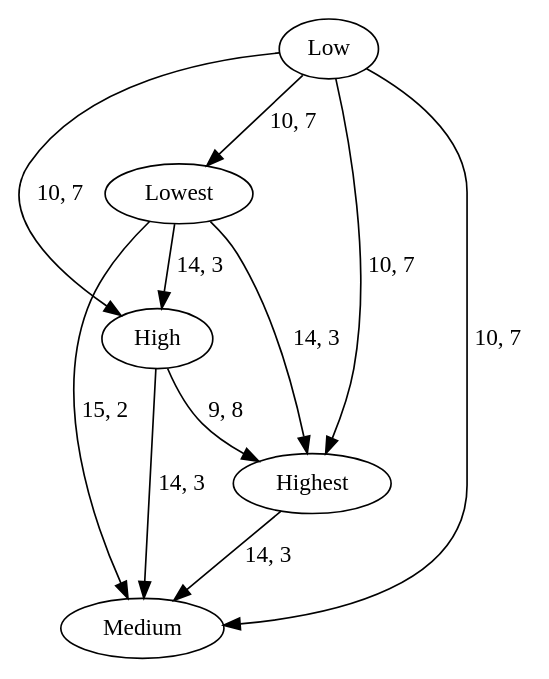
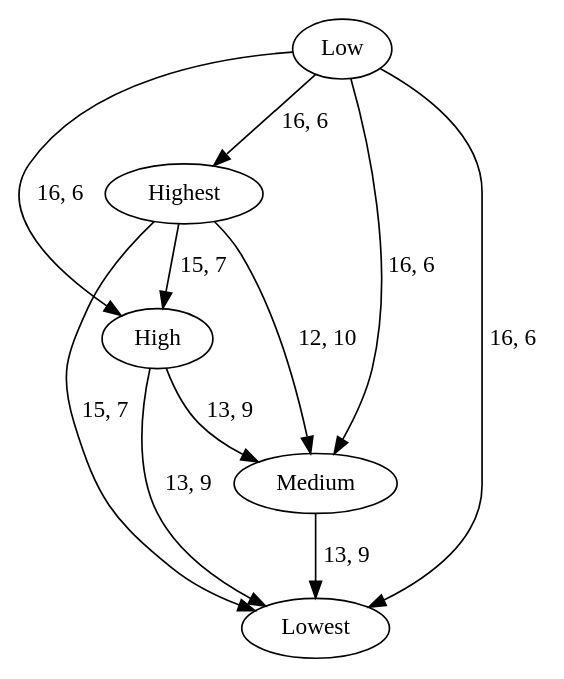
One commit to efair4/CS5110 changed the diagram in Program3/graphImages/rand.gv. Above: the diagram before and after it, drawn with Graphviz. The commit also changed 9 other files, not shown here.

```diff
--- a/Program3/graphImages/rand.gv
+++ b/Program3/graphImages/rand.gv
@@ -1,17 +1,17 @@
 digraph {
 	Highest
 	High
 	Medium
 	Low
 	Lowest
-	High -> Highest [label="9, 8" weight=9]
-	Highest -> Medium [label="14, 3" weight=14]
-	Low -> Highest [label="10, 7" weight=10]
-	Lowest -> Highest [label="14, 3" weight=14]
-	High -> Medium [label="14, 3" weight=14]
-	Low -> High [label="10, 7" weight=10]
-	Lowest -> High [label="14, 3" weight=14]
-	Low -> Medium [label="10, 7" weight=10]
-	Lowest -> Medium [label="15, 2" weight=15]
-	Low -> Lowest [label="10, 7" weight=10]
+	Highest -> High [label="15, 7" weight=15]
+	Highest -> Medium [label="12, 10" weight=12]
+	Low -> Highest [label="16, 6" weight=16]
+	Highest -> Lowest [label="15, 7" weight=15]
+	High -> Medium [label="13, 9" weight=13]
+	Low -> High [label="16, 6" weight=16]
+	High -> Lowest [label="13, 9" weight=13]
+	Low -> Medium [label="16, 6" weight=16]
+	Medium -> Lowest [label="13, 9" weight=13]
+	Low -> Lowest [label="16, 6" weight=16]
 }
```
